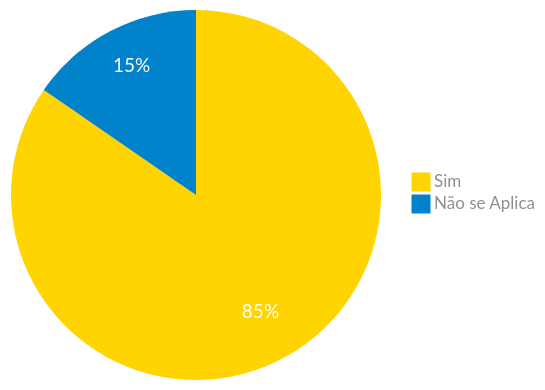
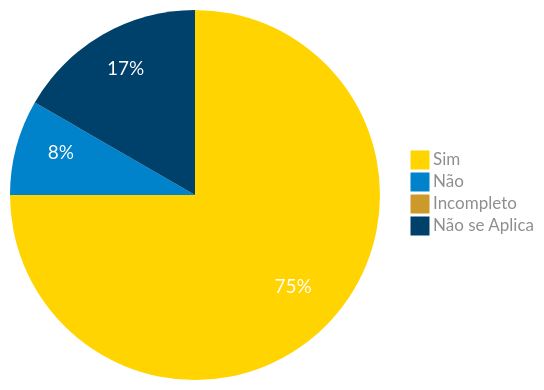
Before and after one commit to claudiohsc/2024.1-Correios: the diagram in docs/verificacao_01/grupo/DAD/nivel1/analise_tarefas/relato-resultados/preco-prazos.md, drawn with Mermaid. The commit also changed 1 other file, not shown here.

````diff
--- a/docs/verificacao_01/grupo/DAD/nivel1/analise_tarefas/relato-resultados/preco-prazos.md
+++ b/docs/verificacao_01/grupo/DAD/nivel1/analise_tarefas/relato-resultados/preco-prazos.md
@@ -90,22 +90,25 @@
 ``` mermaid
 %%{
   init: {
     'theme': 'base',
     'themeVariables': {
         'primaryColor': '#FFD400',
         'secondaryColor': '#0083CA',
         'tertiaryColor': '#CD992B',
         'pie4': '#00416B',
         'primaryTextColor': '#8e8e8e',
         'pieStrokeWidth': '0px',
         'pieOuterStrokeWidth': '0px',
         'pieOpacity': '1',
         'pieSectionTextColor': '#fff',
         'pieSectionTextSize': '19px'
     }
   }
 }%%
 pie
-    "Sim" : 11
+
+    "Sim" : 9
+    "Não" : 1
+    "Incompleto" : 0
     "Não se Aplica" : 2
 ```
````
